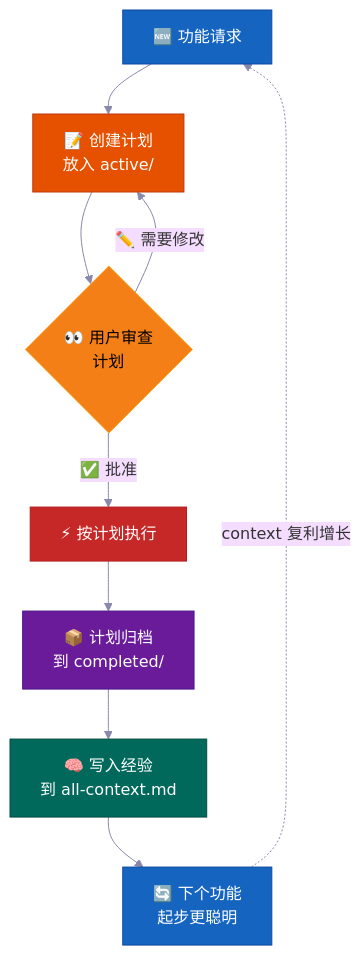
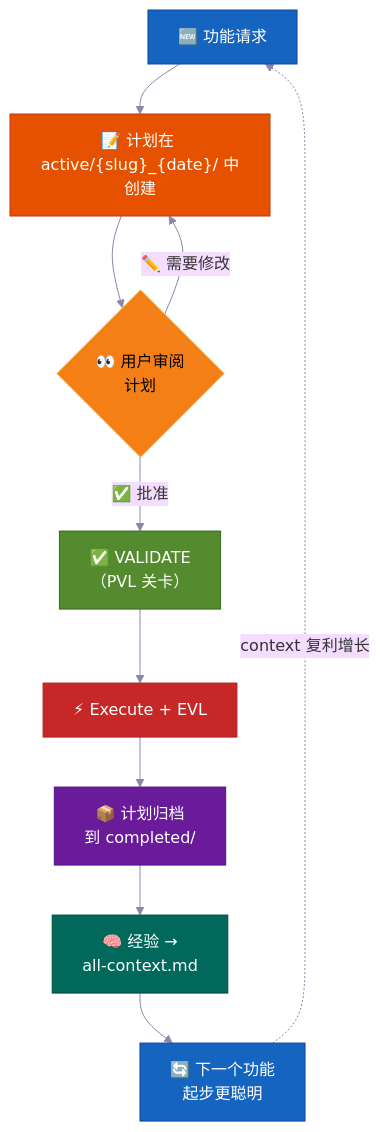
The tenth of 14 diagrams in docs/i18n/README.zh-CN.md (Erlangga15/vibecode-pro-max-kit), drawn with Mermaid before and after one commit. The commit also changed other lines of this file and 43 other files, not shown here.

````diff
--- a/docs/i18n/README.zh-CN.md
+++ b/docs/i18n/README.zh-CN.md
@@ -858,28 +1142,26 @@
 ```mermaid
 %%{init: {'theme': 'base', 'themeVariables': {'fontSize': '16px', 'lineColor': '#8888AA'}} }%%
 flowchart TD
     A["🆕 功能请求"]
-    B["📝 创建计划\n放入 active/"]
-    C{"👀 用户审查\n计划"}
-    D["⚡ 按计划执行"]
-    E["📦 计划归档\n到 completed/"]
-    F["🧠 写入经验\n到 all-context.md"]
-    G["🔄 下个功能\n起步更聪明"]
+    B["📝 计划在 active/{slug}_{date}/ 中创建"]
+    C{"👀 用户审阅\n计划"}
+    D["✅ VALIDATE\n（PVL 关卡）"]
+    E["⚡ Execute + EVL"]
+    F["📦 计划归档\n到 completed/"]
+    G["🧠 经验 →\nall-context.md"]
+    H["🔄 下一个功能\n起步更聪明"]
 
-    A --> B
-    B --> C
-    C -->|"✅ 批准"| D
+    A --> B --> C
     C -->|"✏️ 需要修改"| B
-    D --> E
-    E --> F
-    F --> G
-    G -.->|"context 复利增长"| A
+    C -->|"✅ 批准"| D --> E --> F --> G --> H
+    H -.->|"context 复利增长"| A
 
     style A fill:#1565C0,stroke:#0D47A1,color:#FFFFFF
     style B fill:#E65100,stroke:#BF360C,color:#FFFFFF
     style C fill:#F57F17,stroke:#F9A825,color:#000000
-    style D fill:#C62828,stroke:#B71C1C,color:#FFFFFF
-    style E fill:#6A1B9A,stroke:#4A148C,color:#FFFFFF
-    style F fill:#00695C,stroke:#004D40,color:#FFFFFF
-    style G fill:#1565C0,stroke:#0D47A1,color:#FFFFFF
+    style D fill:#558B2F,stroke:#33691E,color:#FFFFFF
+    style E fill:#C62828,stroke:#B71C1C,color:#FFFFFF
+    style F fill:#6A1B9A,stroke:#4A148C,color:#FFFFFF
+    style G fill:#00695C,stroke:#004D40,color:#FFFFFF
+    style H fill:#1565C0,stroke:#0D47A1,color:#FFFFFF
 ```
````
